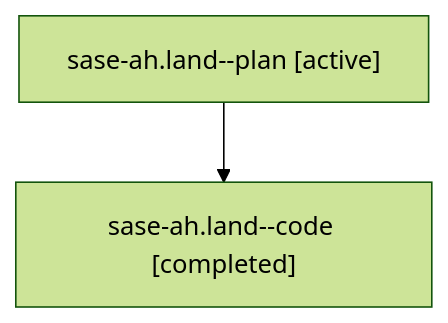
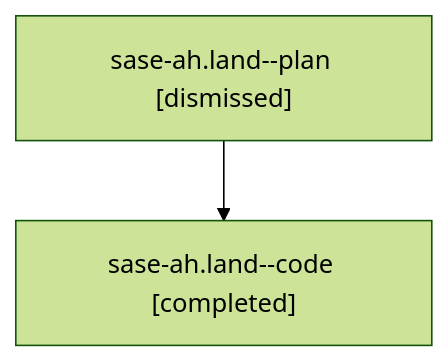
One commit to sase-org/sase--agents changed the diagram in sessions/bbugyi200.athena.sase-ah.land.md. Above: the diagram before and after it, drawn with Mermaid (forest theme). The commit also changed other lines of this file and 92 other files, not shown here.

````diff
--- a/sessions/bbugyi200.athena.sase-ah.land.md
+++ b/sessions/bbugyi200.athena.sase-ah.land.md
@@ -9,6 +9,6 @@
 ```mermaid
 flowchart TD
-  n0["sase-ah.land--plan [active]"]
+  n0["sase-ah.land--plan [dismissed]"]
   n1["sase-ah.land--code [completed]"]
   n0 --> n1
 ```
````
